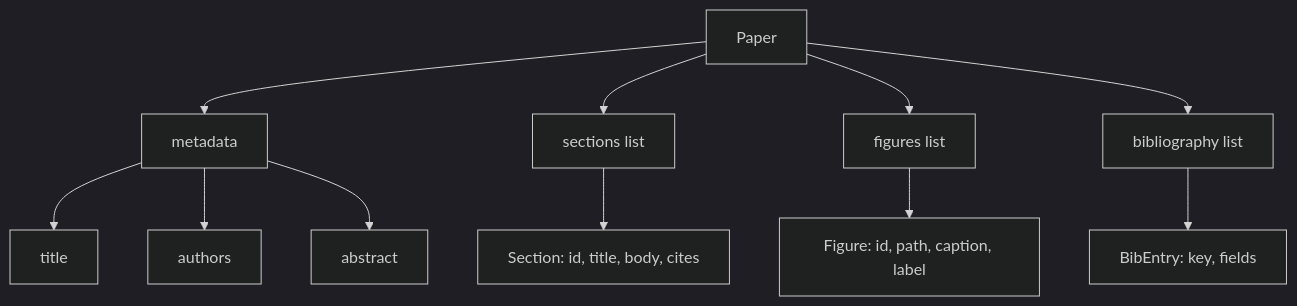
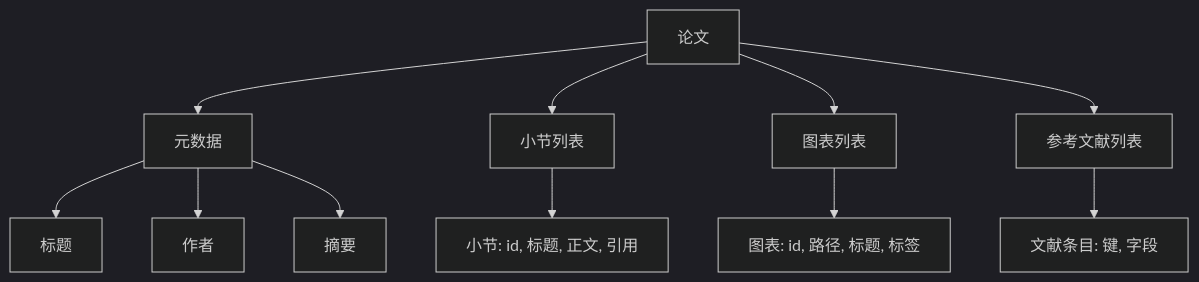
Before and after one commit to guangningsun/ailearning: the first of 3 diagrams in lessons/19-capstone-projects/54-paper-writer/docs/zh.md, drawn with Mermaid (dark theme). The commit also changed other lines of this file and 85 other files, not shown here.

````diff
--- a/lessons/19-capstone-projects/54-paper-writer/docs/zh.md
+++ b/lessons/19-capstone-projects/54-paper-writer/docs/zh.md
@@ -28,13 +28,13 @@
 ```mermaid
 flowchart TB
-    Paper[Paper] --> Meta[metadata]
-    Paper --> Sections[sections list]
-    Paper --> Figures[figures list]
-    Paper --> Bib[bibliography list]
-    Meta --> Title[title]
-    Meta --> Authors[authors]
-    Meta --> Abstract[abstract]
-    Sections --> Sec1[Section: id, title, body, cites]
-    Figures --> Fig1[Figure: id, path, caption, label]
-    Bib --> Entry1[BibEntry: key, fields]
+    Paper[论文] --> Meta[元数据]
+    Paper --> Sections[小节列表]
+    Paper --> Figures[图表列表]
+    Paper --> Bib[参考文献列表]
+    Meta --> Title[标题]
+    Meta --> Authors[作者]
+    Meta --> Abstract[摘要]
+    Sections --> Sec1[小节: id, 标题, 正文, 引用]
+    Figures --> Fig1[图表: id, 路径, 标题, 标签]
+    Bib --> Entry1[文献条目: 键, 字段]
 ```
````
